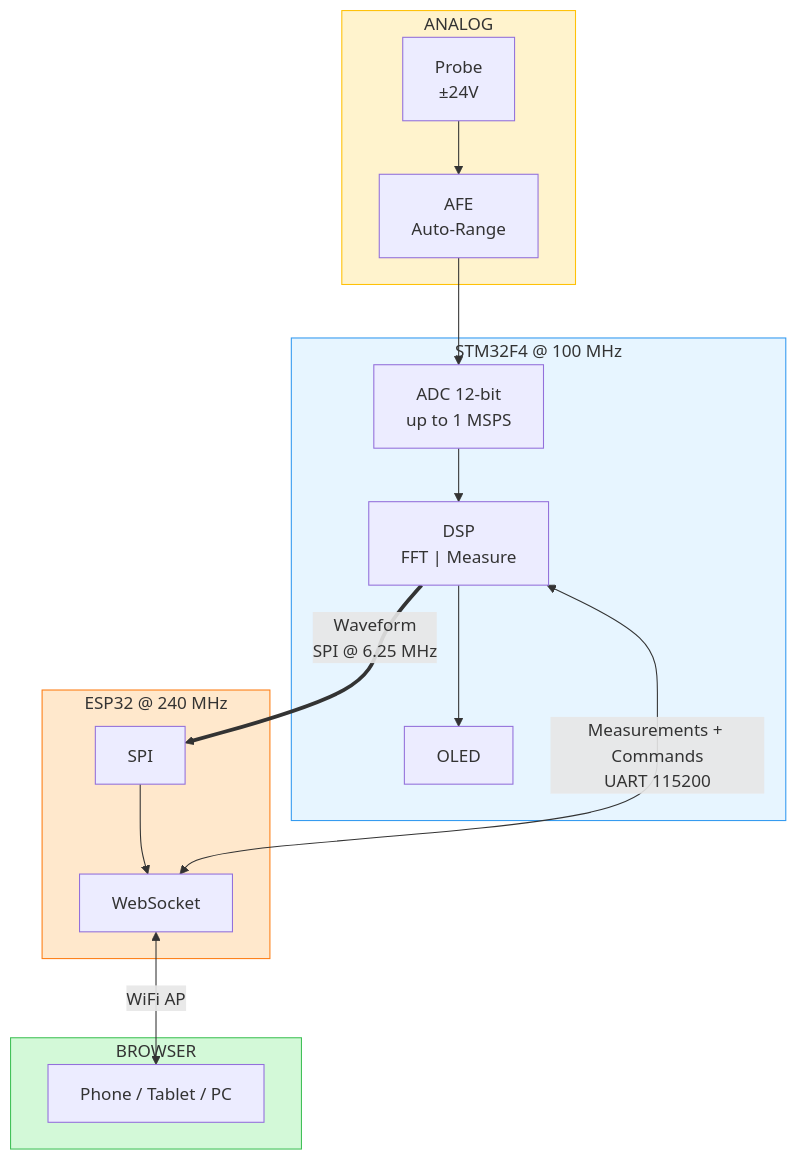
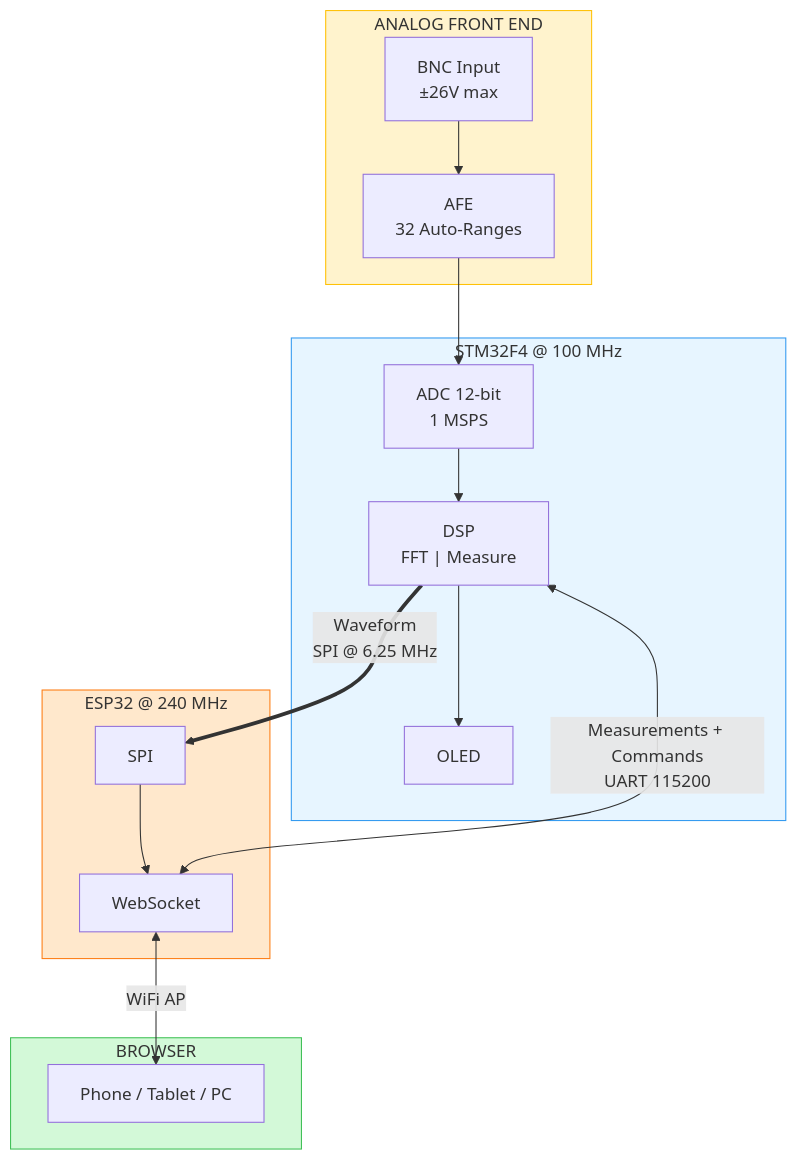
One commit to mohammadrezasafaeian/smart-wireless-oscilloscope changed the first of 3 diagrams in README.md. Above: the diagram before and after it, drawn with Mermaid. The commit also changed other lines of this file, not shown here.

````diff
--- a/README.md
+++ b/README.md
@@ -34,29 +33,29 @@
 ```mermaid
 flowchart TB
-    subgraph ANALOG["ANALOG"]
-        PROBE["Probe<br>±24V"] --> AFE["AFE<br>Auto-Range"]
+    subgraph ANALOG["ANALOG FRONT END"]
+        PROBE["BNC Input<br>±26V max"] --> AFE["AFE<br>32 Auto-Ranges"]
     end
 
     subgraph STM32["STM32F4 @ 100 MHz"]
-        ADC["ADC 12-bit<br>up to 1 MSPS"] --> DSP["DSP<br>FFT | Measure"]
+        ADC["ADC 12-bit<br>1 MSPS"] --> DSP["DSP<br>FFT | Measure"]
         DSP --> OLED["OLED"]
     end
 
     subgraph ESP32["ESP32 @ 240 MHz"]
         SPI_S["SPI"] --> WS["WebSocket"]
     end
 
     subgraph CLIENT["BROWSER"]
         UI["Phone / Tablet / PC"]
     end
 
     AFE --> ADC
     DSP ==>|"Waveform<br>SPI @ 6.25 MHz"| SPI_S
     DSP <-->|"Measurements + Commands<br>UART 115200"| WS
     WS <-->|"WiFi AP"| UI
 
     style ANALOG fill:#fff3cd,stroke:#ffc107
     style STM32 fill:#e7f5ff,stroke:#339af0
     style ESP32 fill:#ffe8cc,stroke:#fd7e14
     style CLIENT fill:#d3f9d8,stroke:#40c057
 ```
````
